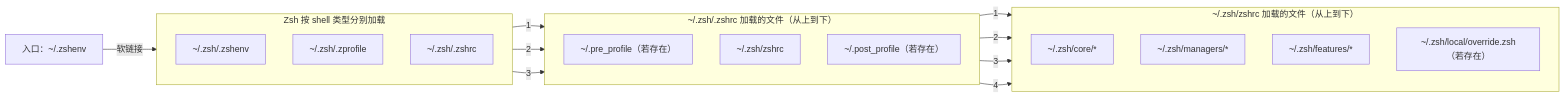
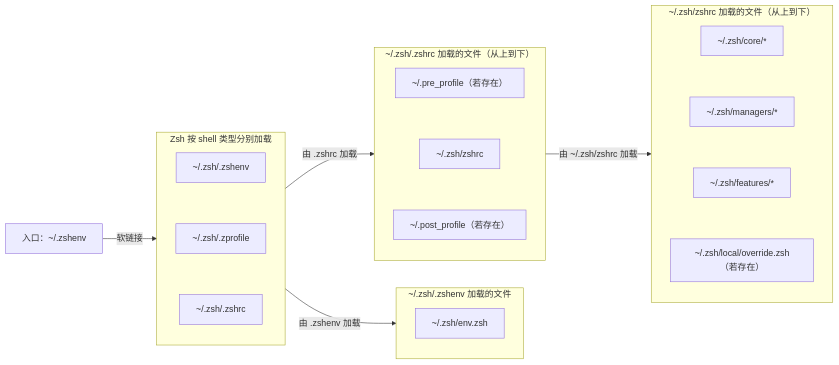
One commit to Forgo7ten/dotfiles changed the diagram in README.md. Above: the diagram before and after it, drawn with Mermaid. The commit also changed 8 other files, not shown here.

````diff
--- a/README.md
+++ b/README.md
@@ -25,34 +25,50 @@
 ```mermaid
 flowchart LR
     A["入口：~/.zshenv"]
 
     subgraph system["Zsh 按 shell 类型分别加载"]
         direction TB
+
         B["~/.zsh/.zshenv"]
         P["~/.zsh/.zprofile"]
         C["~/.zsh/.zshrc"]
+
+        B ~~~ P
+        P ~~~ C
     end
-    A -->|软链接| B
+
+    subgraph environment["~/.zsh/.zshenv 加载的文件"]
+        direction TB
+
+        Q["~/.zsh/env.zsh"]
+    end
 
     subgraph bootstrap["~/.zsh/.zshrc 加载的文件（从上到下）"]
         direction TB
+
         D["~/.pre_profile（若存在）"]
         E["~/.zsh/zshrc"]
         F["~/.post_profile（若存在）"]
+
+        D ~~~ E
+        E ~~~ F
     end
-    C -->|1| D
-    C -->|2| E
-    C -->|3| F
 
     subgraph config["~/.zsh/zshrc 加载的文件（从上到下）"]
         direction TB
+
         G["~/.zsh/core/*"]
         H["~/.zsh/managers/*"]
         I["~/.zsh/features/*"]
         J["~/.zsh/local/override.zsh（若存在）"]
+
+        G ~~~ H
+        H ~~~ I
+        I ~~~ J
     end
-    E -->|1| G
-    E -->|2| H
-    E -->|3| I
-    E -->|4| J
+
+    A -->|软链接| system
+    system -->|"由 .zshenv 加载"| environment
+    system -->|"由 .zshrc 加载"| bootstrap
+    bootstrap -->|"由 ~/.zsh/zshrc 加载"| config
 ```
````
